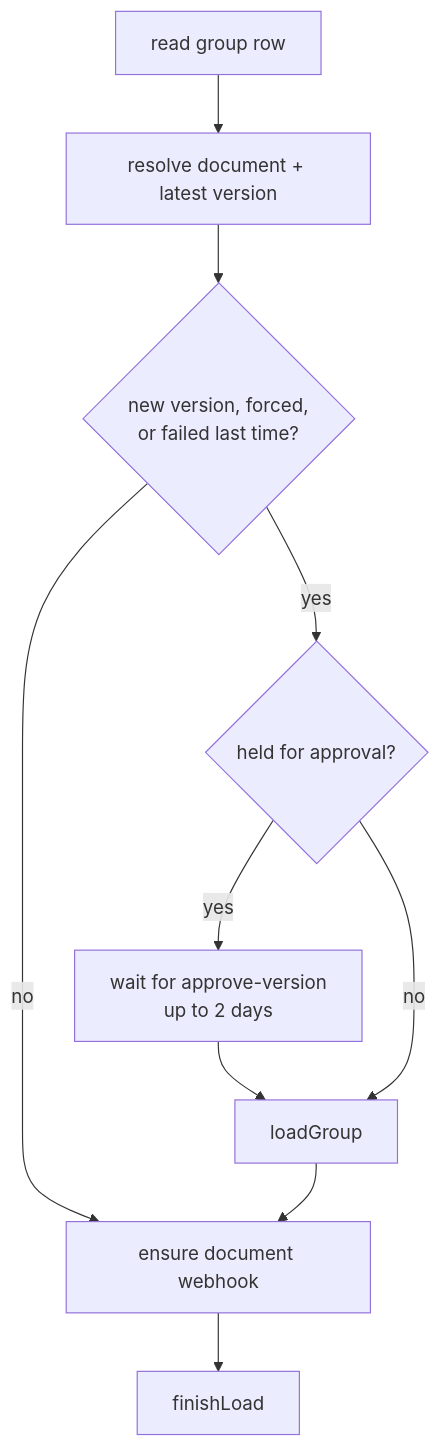
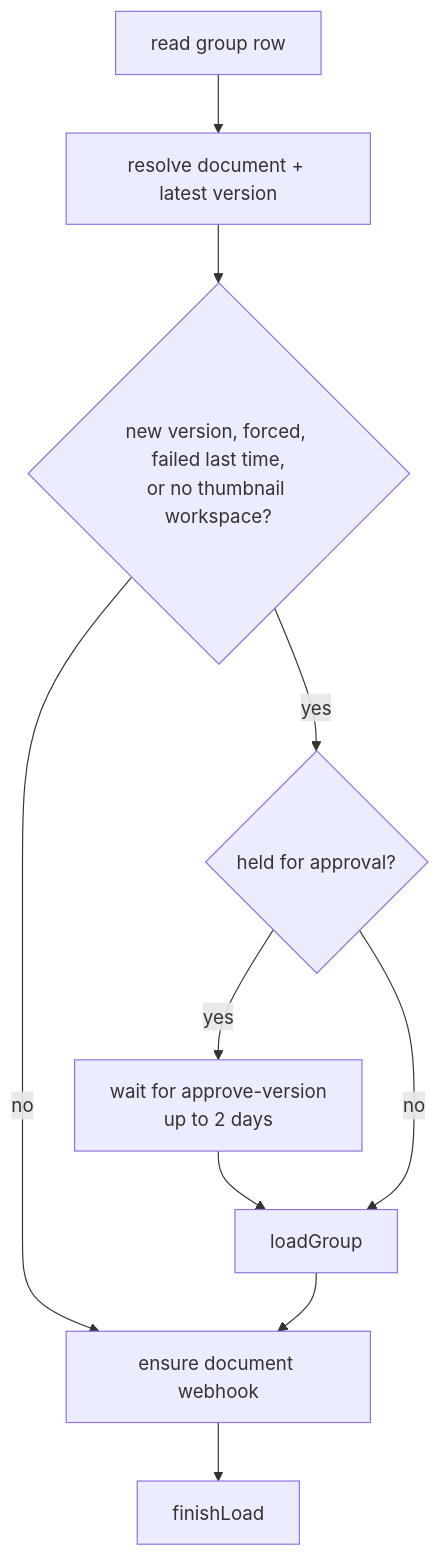
One commit to frcdesign/FRCDesignApp changed the diagram in docs/architecture/loading.md. Above: the diagram before and after it, drawn with Mermaid. The commit also changed other lines of this file and 6 other files, not shown here.

First line of the commit message:
Branch a thumbnail workspace for groups loaded before they existed

````diff
--- a/docs/architecture/loading.md
+++ b/docs/architecture/loading.md
@@ -80,12 +81,12 @@
 ```mermaid
 flowchart TD
     A[read group row] --> B[resolve document + latest version]
-    B --> C{new version, forced,<br/>or failed last time?}
+    B --> C{new version, forced, failed last time,<br/>or no thumbnail workspace?}
     C -- no --> W
     C -- yes --> D{held for approval?}
     D -- yes --> E[wait for approve-version<br/>up to 2 days]
     E --> F
     D -- no --> F[loadGroup]
     F --> W[ensure document webhook]
     W --> Z[finishLoad]
 ```
````
